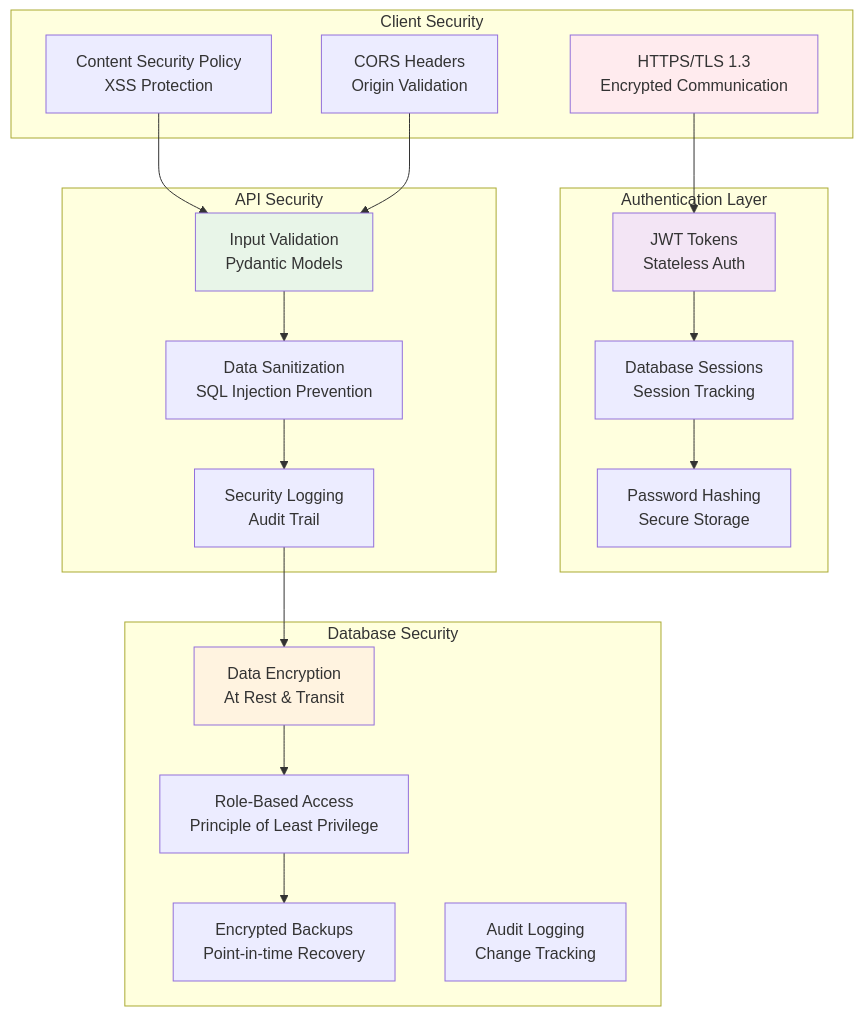
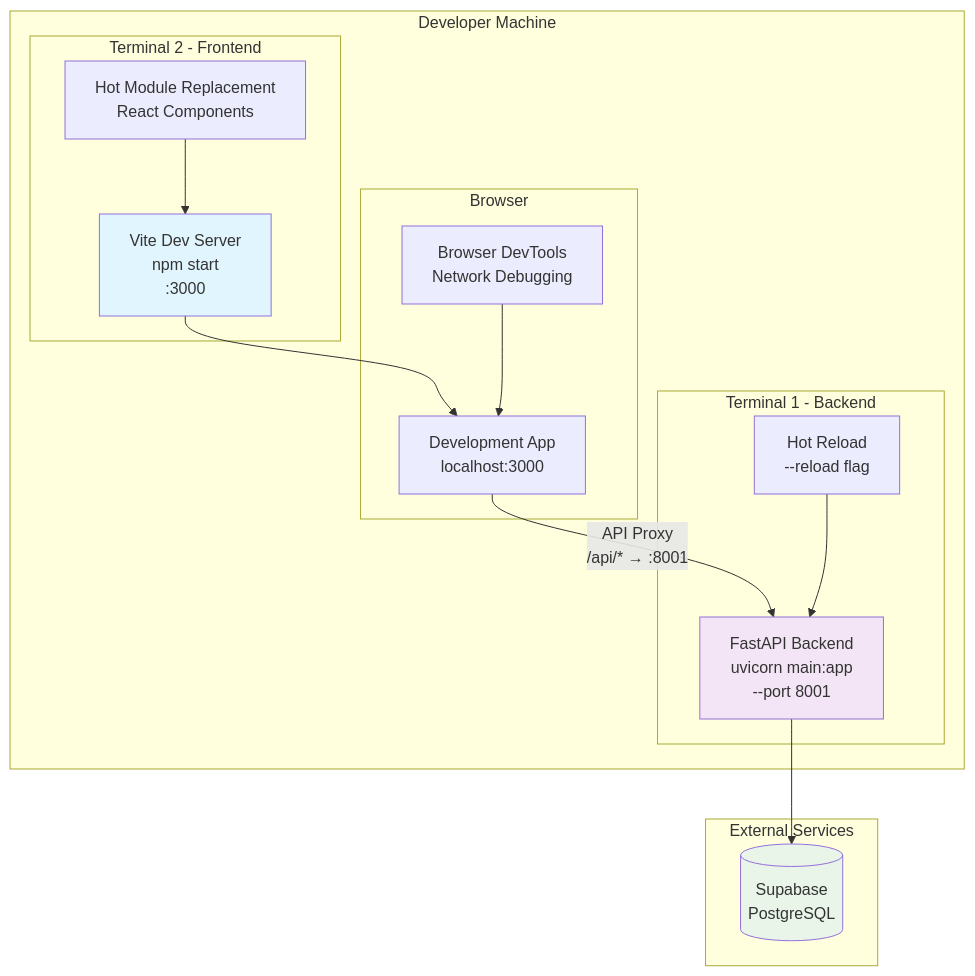
The third of 7 diagrams in docs/3_architecture/02_architecture_diagrams.md (Animatic-AI-Solutions/kingstons_portal), drawn with Mermaid before and after one commit. The commit also changed other lines of this file and 4 other files, not shown here.

````diff
--- a/docs/3_architecture/02_architecture_diagrams.md
+++ b/docs/3_architecture/02_architecture_diagrams.md
@@ -160,43 +105,34 @@
 ```mermaid
 graph TB
-    subgraph "Client Security"
-        HTTPS[HTTPS/TLS 1.3<br/>Encrypted Communication]
-        CSP[Content Security Policy<br/>XSS Protection]
-        CORS[CORS Headers<br/>Origin Validation]
+    subgraph "Developer Machine"
+        subgraph "Terminal 1 - Backend"
+            BACKEND[FastAPI Backend<br/>uvicorn main:app<br/>--port 8001]
+            HOTRELOAD[Hot Reload<br/>--reload flag]
+        end
+        
+        subgraph "Terminal 2 - Frontend"
+            FRONTEND[Vite Dev Server<br/>npm start<br/>:3000]
+            HMR[Hot Module Replacement<br/>React Components]
+        end
+        
+        subgraph "Browser"
+            DEVAPP[Development App<br/>localhost:3000]
+            DEVTOOLS[Browser DevTools<br/>Network Debugging]
+        end
     end
     
-    subgraph "Authentication Layer"
-        JWT[JWT Tokens<br/>Stateless Auth]
-        Session[Database Sessions<br/>Session Tracking]
-        Password[Password Hashing<br/>Secure Storage]
+    subgraph "External Services"
+        SUPABASE[(Supabase<br/>PostgreSQL)]
     end
     
-    subgraph "API Security"
-        Validation[Input Validation<br/>Pydantic Models]
-        Sanitization[Data Sanitization<br/>SQL Injection Prevention]
-        Logging[Security Logging<br/>Audit Trail]
-    end
+    FRONTEND --> DEVAPP
+    DEVAPP --> |"API Proxy<br/>/api/* → :8001"| BACKEND
+    BACKEND --> SUPABASE
+    HOTRELOAD --> BACKEND
+    HMR --> FRONTEND
+    DEVTOOLS --> DEVAPP
     
-    subgraph "Database Security"
-        Encryption[Data Encryption<br/>At Rest & Transit]
-        Access[Role-Based Access<br/>Principle of Least Privilege]
-        Backup[Encrypted Backups<br/>Point-in-time Recovery]
-        Audit[Audit Logging<br/>Change Tracking]
-    end
-    
-    HTTPS --> JWT
-    CSP --> Validation
-    CORS --> Validation
-    JWT --> Session
-    Session --> Password
-    Validation --> Sanitization
-    Sanitization --> Logging
-    Logging --> Encryption
-    Encryption --> Access
-    Access --> Backup
-    
-    style HTTPS fill:#ffebee
-    style JWT fill:#f3e5f5
-    style Validation fill:#e8f5e8
-    style Encryption fill:#fff3e0
+    style BACKEND fill:#f3e5f5
+    style FRONTEND fill:#e1f5fe
+    style SUPABASE fill:#e8f5e8
 ```
````
